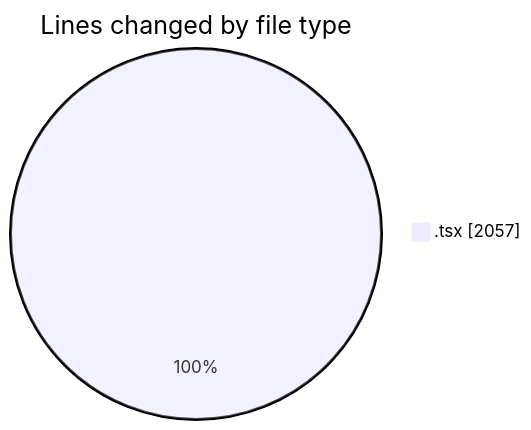
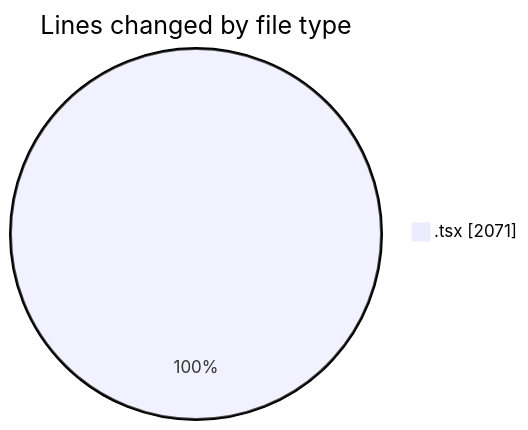
Before and after one commit to momahboobian/code-tracking: the first of 2 diagrams in 2025-06-13/cda/README.md, drawn with Mermaid. The commit also changed other lines of this file and 1 other file, not shown here.

````diff
--- a/2025-06-13/cda/README.md
+++ b/2025-06-13/cda/README.md
@@ -25,5 +25,5 @@
 ```mermaid
 pie showData
 title Lines changed by file type
-".tsx" : 2057
+".tsx" : 2071
 ```
````
